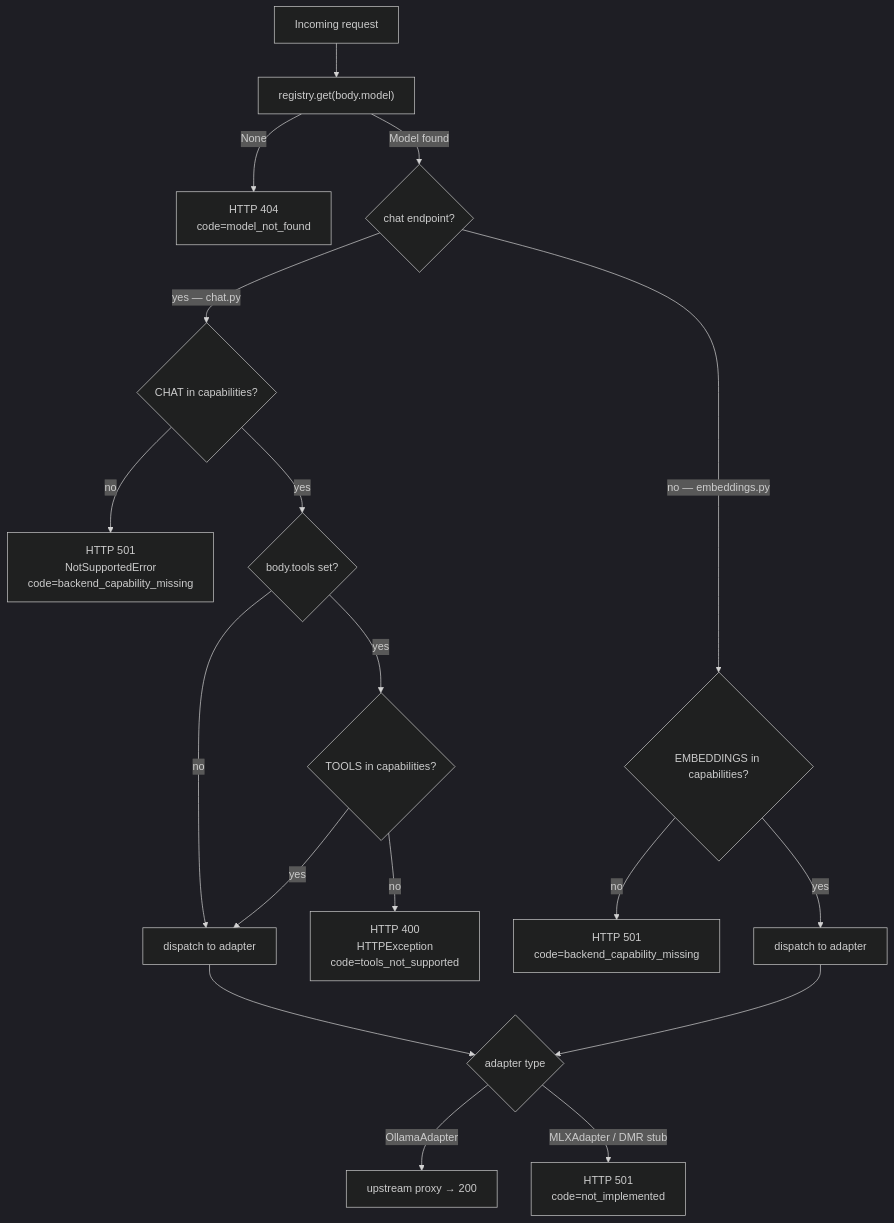
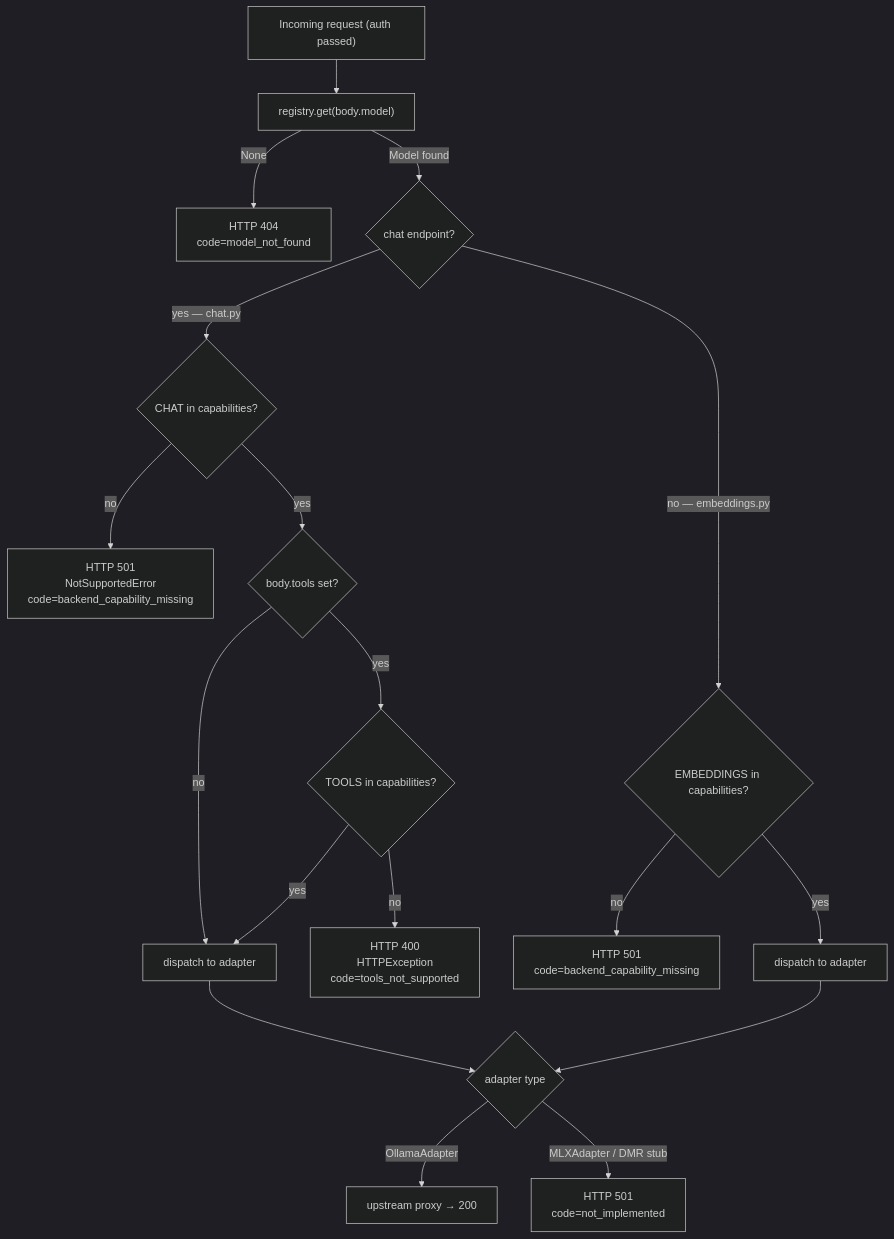
One commit to RamiKrispin/local-ai-server changed the sixth of 6 diagrams in docs/architecture.md. Above: the diagram before and after it, drawn with Mermaid (dark theme). The commit also changed other lines of this file and 2 other files, not shown here.

First line of the commit message:
docs(v0.2.0): refresh api-reference, architecture, usage-guide

````diff
--- a/docs/architecture.md
+++ b/docs/architecture.md
@@ -196,20 +528,20 @@
 ```mermaid
 flowchart TD
-    R["Incoming request"] --> L["registry.get(body.model)"]
+    R["Incoming request (auth passed)"] --> L["registry.get(body.model)"]
     L -->|"None"| E404["HTTP 404<br/>code=model_not_found"]
     L -->|"Model found"| C{"chat endpoint?"}
     C -->|"yes — chat.py"| CC{"CHAT in capabilities?"}
     C -->|"no — embeddings.py"| EC{"EMBEDDINGS in capabilities?"}
     CC -->|"no"| E501a["HTTP 501<br/>NotSupportedError<br/>code=backend_capability_missing"]
     CC -->|"yes"| T{"body.tools set?"}
     T -->|"no"| OK1["dispatch to adapter"]
     T -->|"yes"| TC{"TOOLS in capabilities?"}
     TC -->|"no"| E400["HTTP 400<br/>HTTPException<br/>code=tools_not_supported"]
     TC -->|"yes"| OK1
     EC -->|"no"| E501b["HTTP 501<br/>code=backend_capability_missing"]
     EC -->|"yes"| OK2["dispatch to adapter"]
     OK1 --> AD{"adapter type"}
     OK2 --> AD
     AD -->|"OllamaAdapter"| OK["upstream proxy → 200"]
     AD -->|"MLXAdapter / DMR stub"| E501c["HTTP 501<br/>code=not_implemented"]
 ```
````
